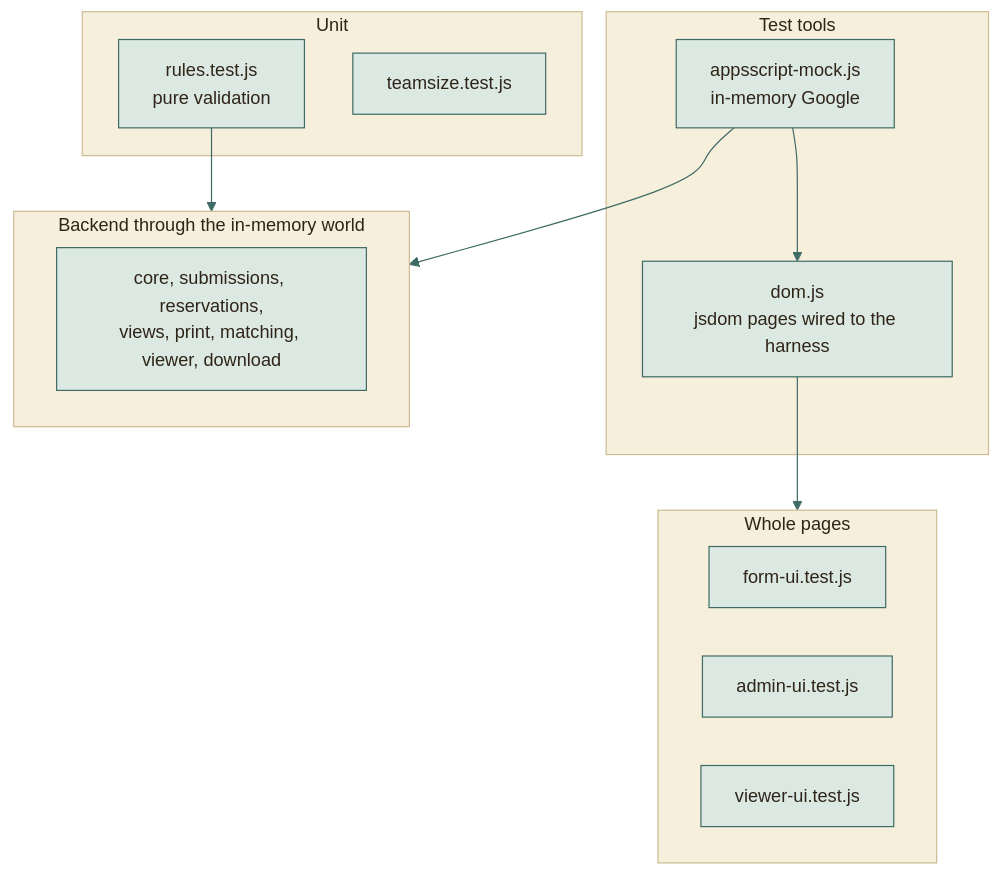
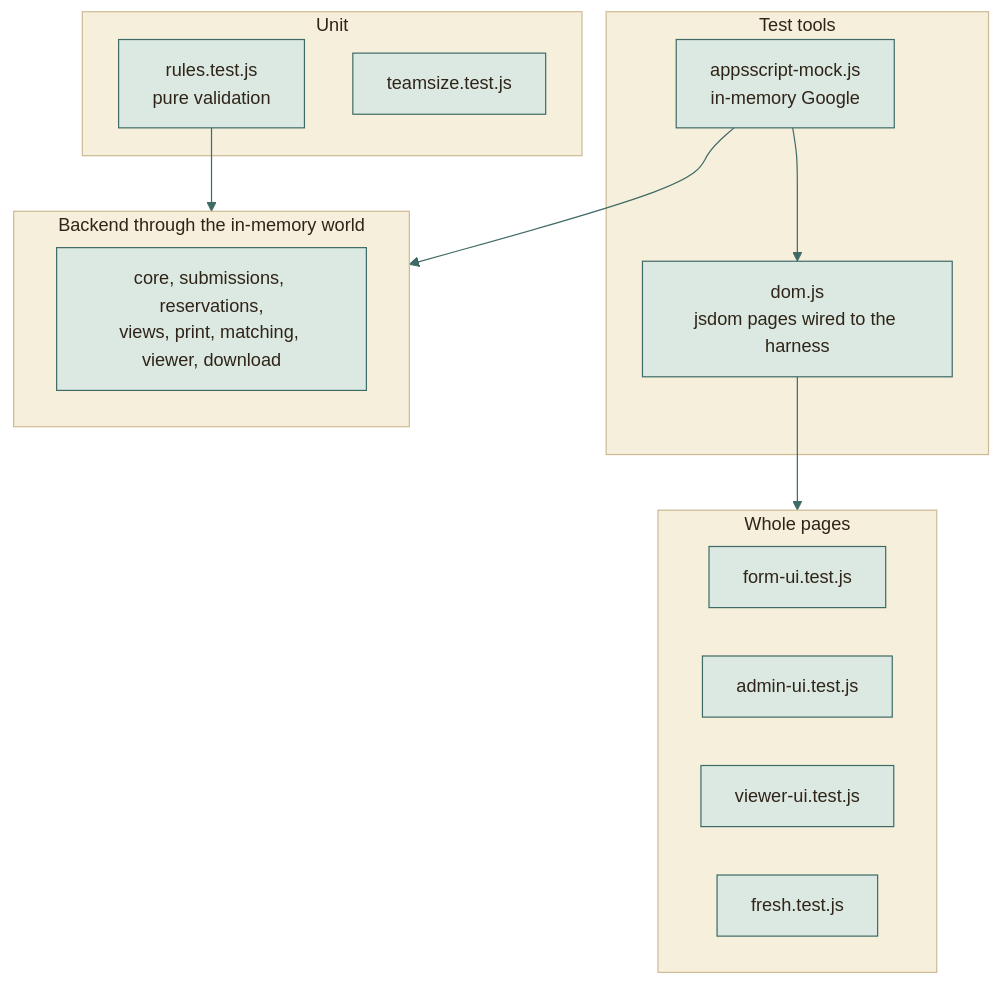
One commit to moyeh04/forms-platform changed the first of 2 diagrams in docs/reference/TESTING.md. Above: the diagram before and after it, drawn with Mermaid. The commit also changed other lines of this file and 11 other files, not shown here.

````diff
--- a/docs/reference/TESTING.md
+++ b/docs/reference/TESTING.md
@@ -13,52 +13,53 @@
 ```mermaid
 %%{init: {
   'theme': 'base',
   'themeVariables': {
     'fontFamily': 'ui-sans-serif, system-ui, -apple-system, Segoe UI, Roboto, sans-serif',
     'fontSize': '15px',
     'primaryColor': '#DCE9E2', 'primaryBorderColor': '#3F6B66', 'primaryTextColor': '#2F2418',
     'secondaryColor': '#F0E4C8', 'secondaryBorderColor': '#C9A24A', 'secondaryTextColor': '#2F2418',
     'tertiaryColor': '#F6EFDC', 'tertiaryBorderColor': '#CDBB94', 'tertiaryTextColor': '#2F2418',
     'lineColor': '#3F6B66', 'textColor': '#2F2418', 'mainBkg': '#DCE9E2', 'nodeBorder': '#3F6B66',
     'clusterBkg': '#F6EFDC', 'clusterBorder': '#CDBB94', 'titleColor': '#2F2418',
     'edgeLabelBackground': '#F8F1DD',
     'actorBkg': '#DCE9E2', 'actorBorder': '#3F6B66', 'actorTextColor': '#2F2418', 'actorLineColor': '#8FB3AB',
     'signalColor': '#477A73', 'signalTextColor': '#477A73',
     'labelBoxBkgColor': '#F0E4C8', 'labelBoxBorderColor': '#C9A24A', 'labelTextColor': '#2F2418', 'loopTextColor': '#6A5A44',
     'noteBkgColor': '#FBEFC9', 'noteBorderColor': '#C9A24A', 'noteTextColor': '#2F2418',
     'activationBkgColor': '#DCE9E2', 'activationBorderColor': '#3F6B66', 'sequenceNumberColor': '#F8F1DD',
     'transitionColor': '#3F6B66', 'stateLabelColor': '#2F2418', 'stateBkg': '#DCE9E2', 'altBackground': '#F6EFDC',
     'attributeBackgroundColorOdd': '#F8F1DD', 'attributeBackgroundColorEven': '#F0E4C8'
   },
   'flowchart': {'curve': 'basis', 'padding': 14, 'nodeSpacing': 40, 'rankSpacing': 46},
   'sequence': {'mirrorActors': false, 'messageMargin': 34, 'boxMargin': 8}
 }}%%
 flowchart TD
     subgraph tools["Test tools"]
         harness["appsscript-mock.js<br/>in-memory Google"]
         dom["dom.js<br/>jsdom pages wired to the harness"]
     end
     subgraph units["Unit"]
         rules["rules.test.js<br/>pure validation"]
         team["teamsize.test.js"]
     end
     subgraph backend["Backend through the in-memory world"]
         core["core, submissions, reservations,<br/>views, print, matching, viewer, download"]
     end
     subgraph pages["Whole pages"]
         fui["form-ui.test.js"]
         aui["admin-ui.test.js"]
         vui["viewer-ui.test.js"]
+        fresh["fresh.test.js"]
     end
 
     harness --> backend
     harness --> dom
     dom --> pages
     rules --> backend
     classDef cDb fill:#F3E2B3,stroke:#B8892D,stroke-width:1.5px,color:#2F2418
     classDef cActor fill:#F4D9D3,stroke:#9A3328,stroke-width:1.5px,color:#2F2418
     classDef cDec fill:#FBEFC9,stroke:#C9A24A,stroke-width:1.5px,color:#2F2418
     classDef cEnd fill:#2F2418,stroke:#2F2418,color:#F8F1DD
     classDef cErr fill:#F6D5CF,stroke:#A12B1F,stroke-width:1.5px,color:#5A140C
     classDef cOk fill:#BFD9CF,stroke:#2E5A55,stroke-width:1.5px,color:#17302D
 ```
````
